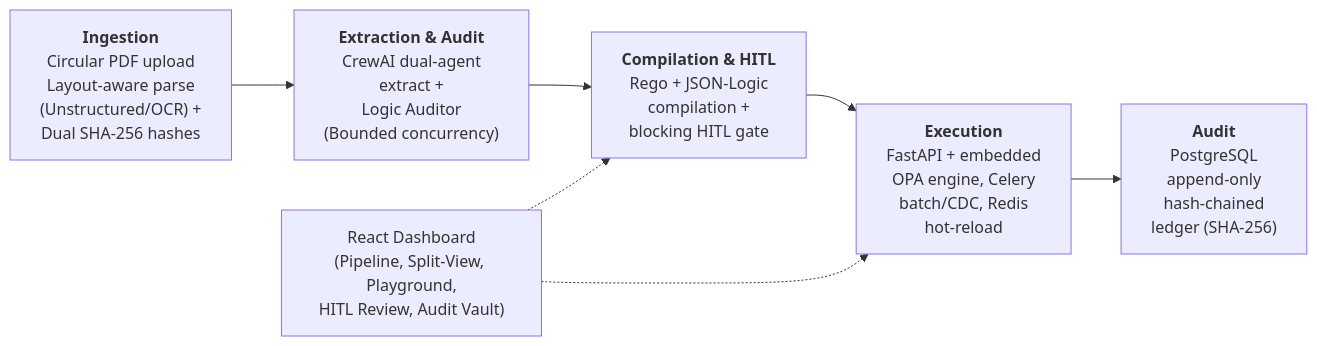
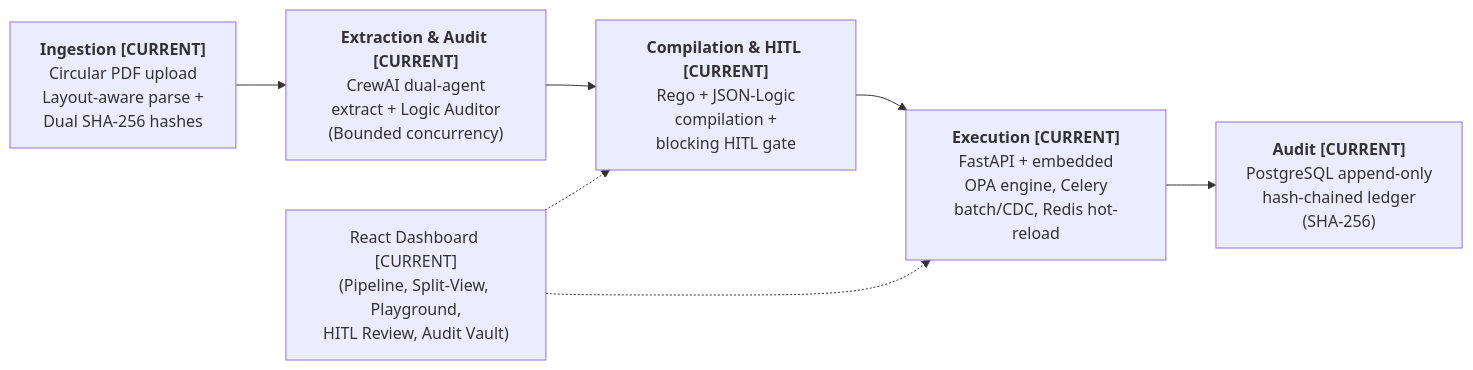
One commit to yawayapnwork/RegEngine-AI changed the diagram in README.md. Above: the diagram before and after it, drawn with Mermaid. The commit also changed other lines of this file and 3 other files, not shown here.

````diff
--- a/README.md
+++ b/README.md
@@ -5,13 +5,13 @@
 ```mermaid
 flowchart LR
-    A["<b>Ingestion</b><br/>Circular PDF upload<br/>Layout-aware parse<br/>(Unstructured/OCR) +<br/>Dual SHA-256 hashes"]
-    B["<b>Extraction & Audit</b><br/>CrewAI dual-agent<br/>extract +<br/>Logic Auditor<br/>(Bounded concurrency)"]
-    C["<b>Compilation & HITL</b><br/>Rego + JSON-Logic<br/>compilation +<br/>blocking HITL gate"]
-    D["<b>Execution</b><br/>FastAPI + embedded<br/>OPA engine, Celery<br/>batch/CDC, Redis<br/>hot-reload"]
-    E["<b>Audit</b><br/>PostgreSQL<br/>append-only<br/>hash-chained<br/>ledger (SHA-256)"]
-    F["React Dashboard<br/>(Pipeline, Split-View, Playground,<br/>HITL Review, Audit Vault)"]
+    A["<b>Ingestion [CURRENT]</b><br/>Circular PDF upload<br/>Layout-aware parse +<br/>Dual SHA-256 hashes"]
+    B["<b>Extraction & Audit [CURRENT]</b><br/>CrewAI dual-agent<br/>extract + Logic Auditor<br/>(Bounded concurrency)"]
+    C["<b>Compilation & HITL [CURRENT]</b><br/>Rego + JSON-Logic<br/>compilation +<br/>blocking HITL gate"]
+    D["<b>Execution [CURRENT]</b><br/>FastAPI + embedded<br/>OPA engine, Celery<br/>batch/CDC, Redis hot-reload"]
+    E["<b>Audit [CURRENT]</b><br/>PostgreSQL append-only<br/>hash-chained ledger<br/>(SHA-256)"]
+    F["React Dashboard [CURRENT]<br/>(Pipeline, Split-View, Playground,<br/>HITL Review, Audit Vault)"]
 
     A --> B --> C --> D --> E
     F -.-> C
     F -.-> D
 ```
````
